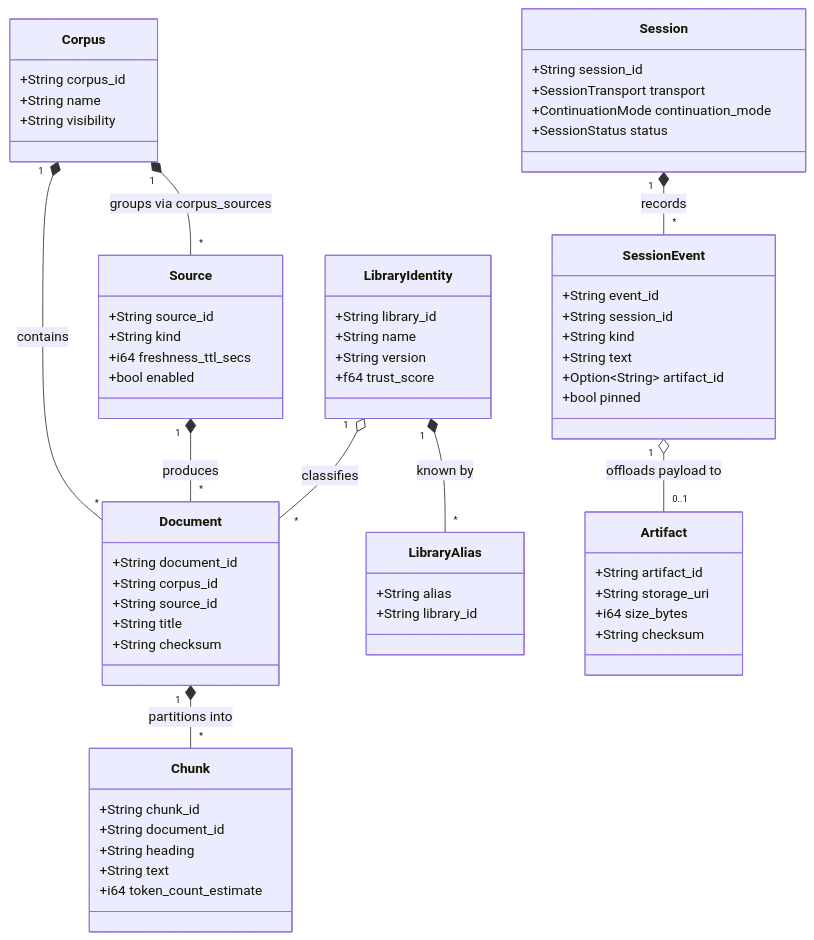
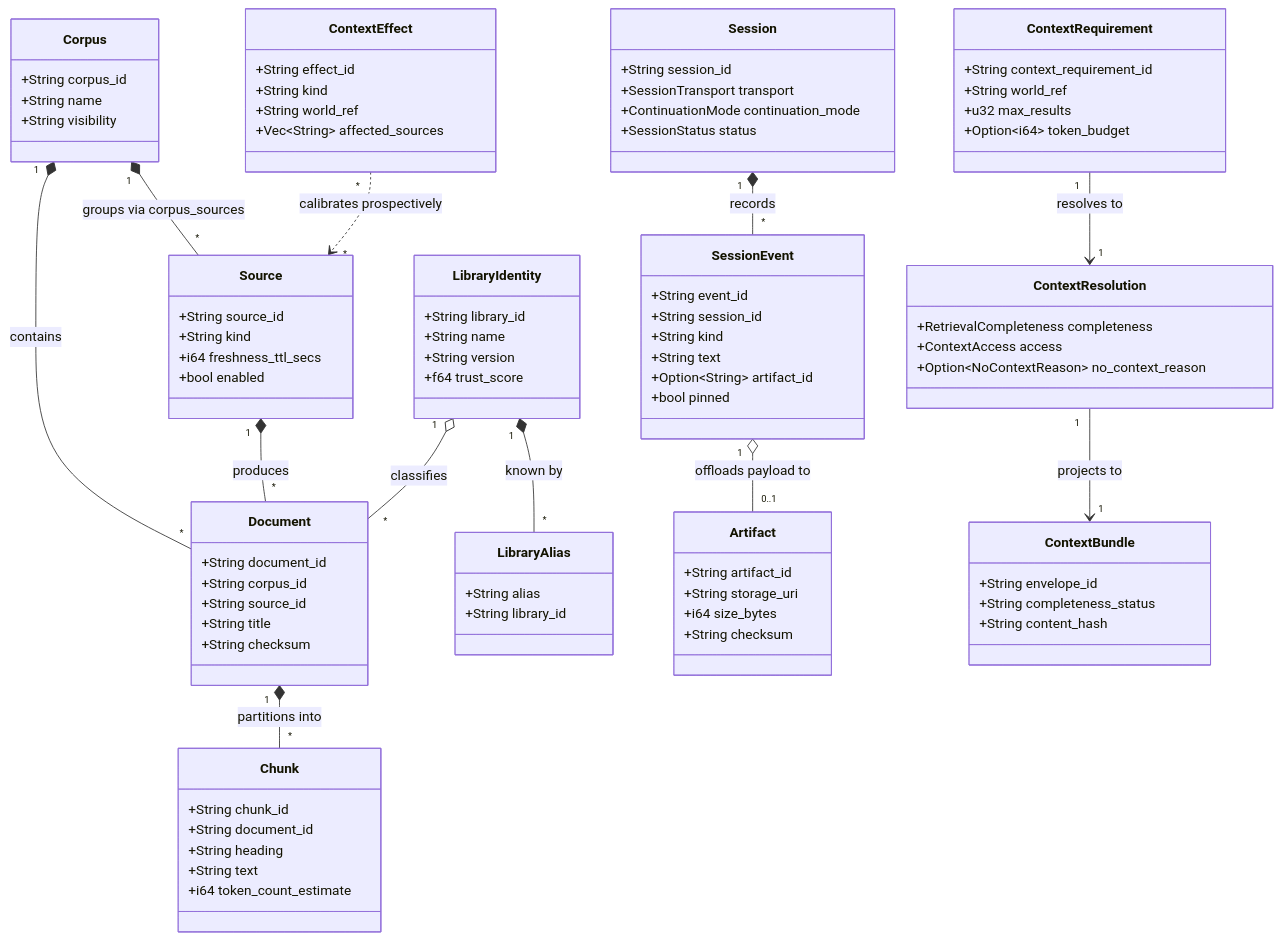
Before and after one commit to GodSpeedAI/Context-Kernel: the diagram in docs/mental-model.md, drawn with Mermaid. The commit also changed other lines of this file and 35 other files, not shown here.

````diff
--- a/docs/mental-model.md
+++ b/docs/mental-model.md
@@ -116,6 +117,28 @@
         +i64 size_bytes
         +String checksum
     }
+    class ContextRequirement {
+        +String context_requirement_id
+        +String world_ref
+        +u32 max_results
+        +Option~i64~ token_budget
+    }
+    class ContextResolution {
+        +RetrievalCompleteness completeness
+        +ContextAccess access
+        +Option~NoContextReason~ no_context_reason
+    }
+    class ContextBundle {
+        +String envelope_id
+        +String completeness_status
+        +String content_hash
+    }
+    class ContextEffect {
+        +String effect_id
+        +String kind
+        +String world_ref
+        +Vec~String~ affected_sources
+    }
 
     Corpus "1" *-- "*" Source : groups via corpus_sources
     Corpus "1" *-- "*" Document : contains
@@ -125,4 +148,7 @@
     LibraryIdentity "1" o-- "*" Document : classifies
     Session "1" *-- "*" SessionEvent : records
     SessionEvent "1" o-- "0..1" Artifact : offloads payload to
+    ContextRequirement "1" --> "1" ContextResolution : resolves to
+    ContextResolution "1" --> "1" ContextBundle : projects to
+    ContextEffect "*" ..> "*" Source : calibrates prospectively
 ```
````
